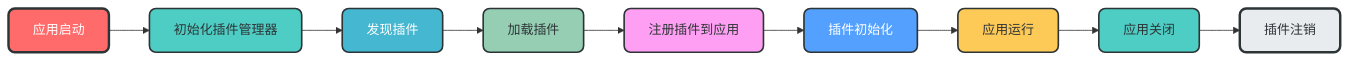
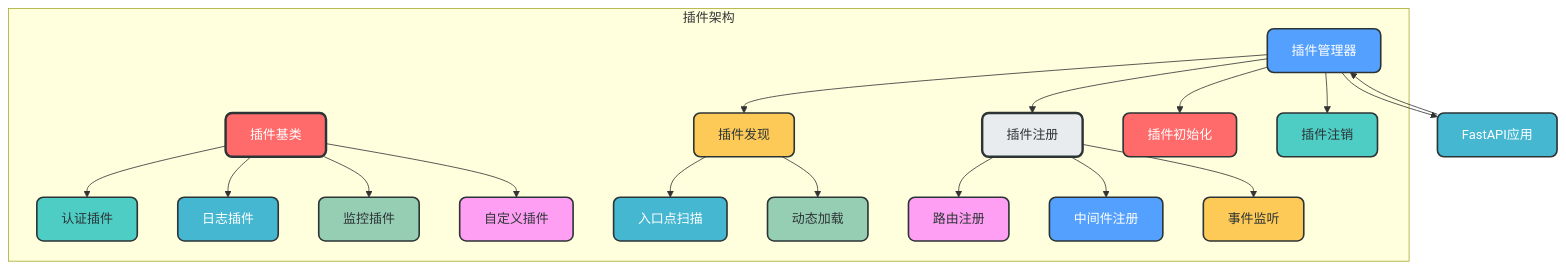
One commit to amuqiao/fastapi-enterprise-framework-template changed diagram 21 of 22 in docs/design/architecture_guide.md. Above: the diagram before and after it, drawn with Mermaid. The commit also changed other lines of this file, not shown here.

Commit message:
优化总设计指南,调整文档结构,各个模块添加模块架构图和数据流转图

````diff
--- a/docs/design/architecture_guide.md
+++ b/docs/design/architecture_guide.md
@@ -1126,21 +1426,41 @@
 ```mermaid
-graph LR
-    A[应用启动] --> B[初始化插件管理器]
-    B --> C[发现插件]
-    C --> D[加载插件]
-    D --> E[注册插件到应用]
-    E --> F[插件初始化]
-    F --> G[应用运行]
-    G --> H[应用关闭]
-    H --> I[插件注销]
+graph TD
+    subgraph 插件架构
+        A[插件基类] --> B[认证插件]
+        A --> C[日志插件]
+        A --> D[监控插件]
+        A --> E[自定义插件]
+        
+        F[插件管理器] --> G[插件发现]
+        F --> H[插件注册]
+        F --> I[插件初始化]
+        F --> J[插件注销]
+        
+        G --> K[入口点扫描]
+        G --> L[动态加载]
+        
+        H --> M[路由注册]
+        H --> N[中间件注册]
+        H --> O[事件监听]
+    end
+    
+    FastAPI[FastAPI应用] --> F
+    F --> FastAPI
     
     style A fill:#FF6B6B,stroke:#2D3436,stroke-width:3px,color:white,rx:8,ry:8
     style B fill:#4ECDC4,stroke:#2D3436,stroke-width:2px,color:#2D3436,rx:8,ry:8
     style C fill:#45B7D1,stroke:#2D3436,stroke-width:2px,color:white,rx:8,ry:8
     style D fill:#96CEB4,stroke:#2D3436,stroke-width:2px,color:#2D3436,rx:8,ry:8
     style E fill:#FF9FF3,stroke:#2D3436,stroke-width:2px,color:#2D3436,rx:8,ry:8
     style F fill:#54A0FF,stroke:#2D3436,stroke-width:2px,color:white,rx:8,ry:8
     style G fill:#FECA57,stroke:#2D3436,stroke-width:2px,color:#2D3436,rx:8,ry:8
-    style H fill:#4ECDC4,stroke:#2D3436,stroke-width:2px,color:#2D3436,rx:8,ry:8
-    style I fill:#E9ECEF,stroke:#2D3436,stroke-width:3px,color:#2D3436,rx:8,ry:8
+    style H fill:#E9ECEF,stroke:#2D3436,stroke-width:3px,color:#2D3436,rx:8,ry:8
+    style I fill:#FF6B6B,stroke:#2D3436,stroke-width:2px,color:white,rx:8,ry:8
+    style J fill:#4ECDC4,stroke:#2D3436,stroke-width:2px,color:#2D3436,rx:8,ry:8
+    style K fill:#45B7D1,stroke:#2D3436,stroke-width:2px,color:white,rx:8,ry:8
+    style L fill:#96CEB4,stroke:#2D3436,stroke-width:2px,color:#2D3436,rx:8,ry:8
+    style M fill:#FF9FF3,stroke:#2D3436,stroke-width:2px,color:#2D3436,rx:8,ry:8
+    style N fill:#54A0FF,stroke:#2D3436,stroke-width:2px,color:white,rx:8,ry:8
+    style O fill:#FECA57,stroke:#2D3436,stroke-width:2px,color:#2D3436,rx:8,ry:8
+    style FastAPI fill:#45B7D1,stroke:#2D3436,stroke-width:2px,color:white,rx:8,ry:8
 ```
````
